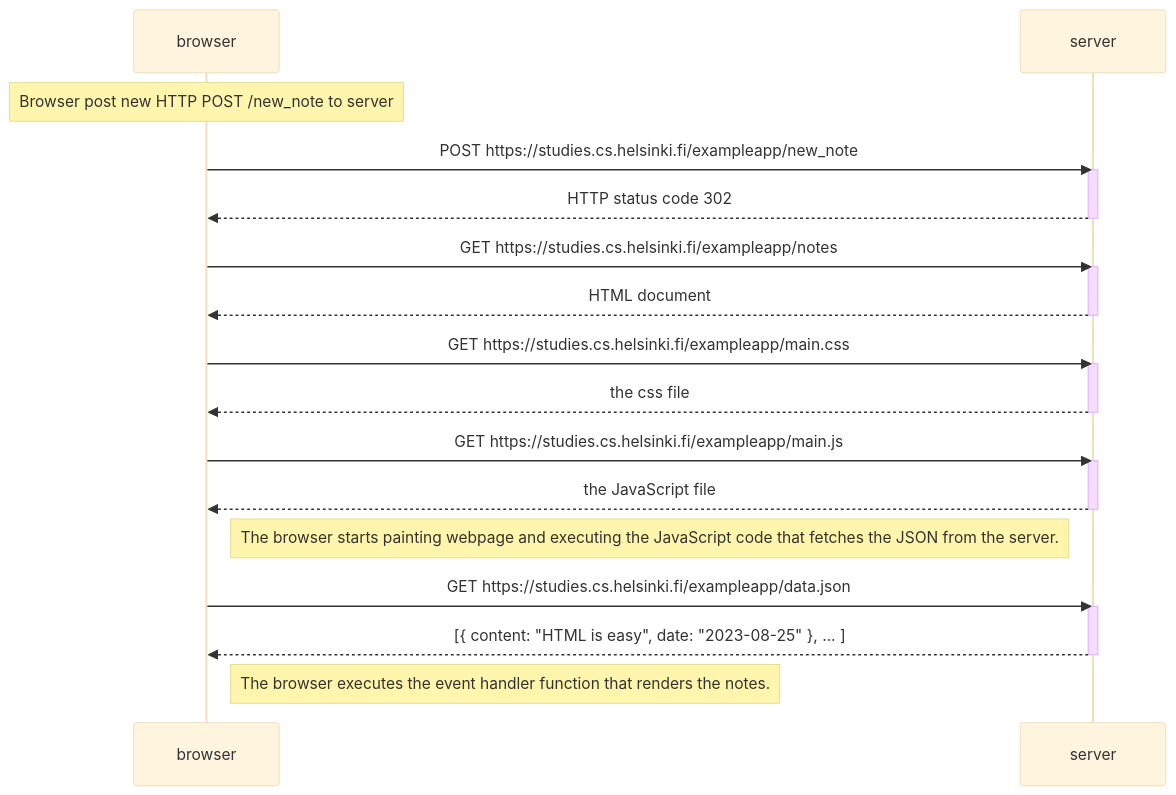
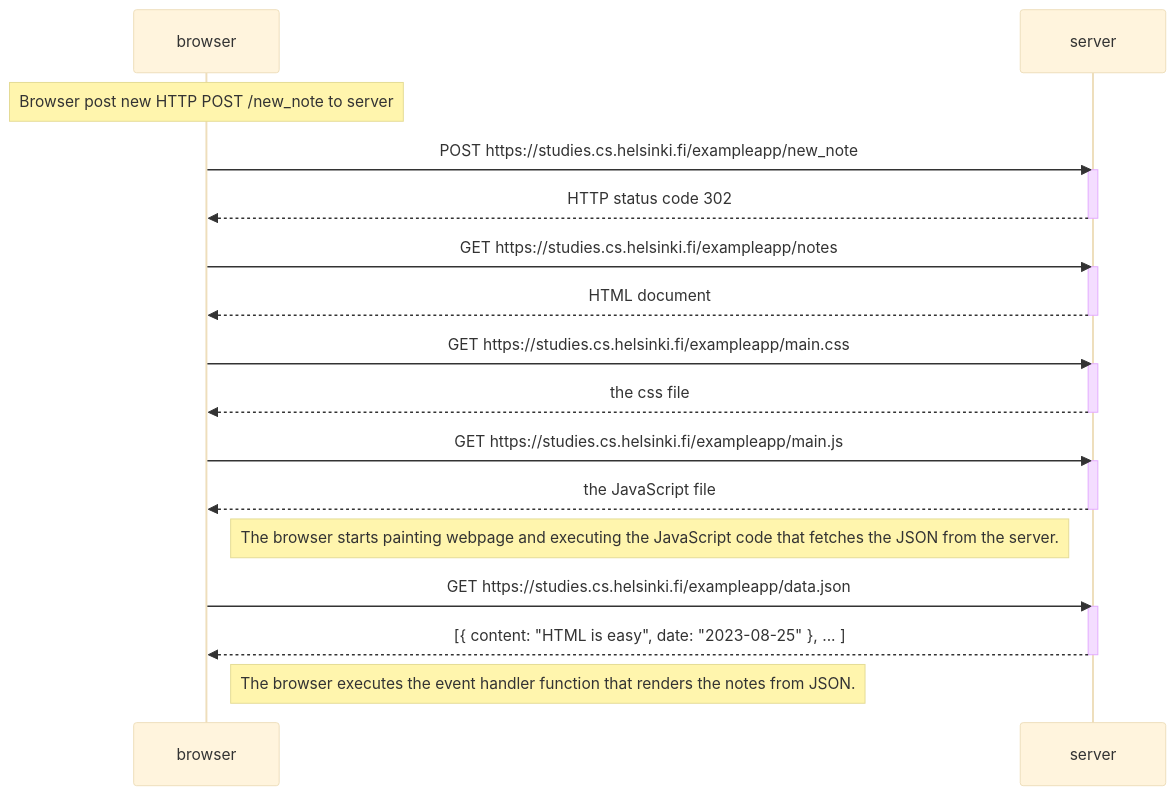
Before and after one commit to DivyeshPatel007/fullstackopen: the first of 2 diagrams in Part0/README.md, drawn with Mermaid (base theme). The commit also changed other lines of this file, not shown here.

````diff
--- a/Part0/README.md
+++ b/Part0/README.md
@@ -9,38 +9,38 @@
 ```mermaid
 sequenceDiagram
     participant browser
     participant server
   
     Note over browser: Browser post new HTTP POST /new_note to server
 
     browser->>server: POST https://studies.cs.helsinki.fi/exampleapp/new_note
 
 
     activate server
     server-->>browser: HTTP status code 302
     deactivate server
 
     browser->>server: GET https://studies.cs.helsinki.fi/exampleapp/notes
     activate server
     server-->>browser: HTML document
     deactivate server
     
     browser->>server: GET https://studies.cs.helsinki.fi/exampleapp/main.css
     activate server
     server-->>browser: the css file
     deactivate server
    
     browser->>server: GET https://studies.cs.helsinki.fi/exampleapp/main.js
     activate server
     server-->>browser: the JavaScript file
     deactivate server
 
     Note right of browser: The browser starts painting webpage and executing the JavaScript code that fetches the JSON from the server.
 
     browser->>server: GET https://studies.cs.helsinki.fi/exampleapp/data.json
     activate server
     server-->>browser: [{ content: "HTML is easy", date: "2023-08-25" }, ... ]
     deactivate server
 
-    Note right of browser: The browser executes the event handler function that renders the notes.
+    Note right of browser: The browser executes the event handler function that renders the notes from JSON.
 ```
````
